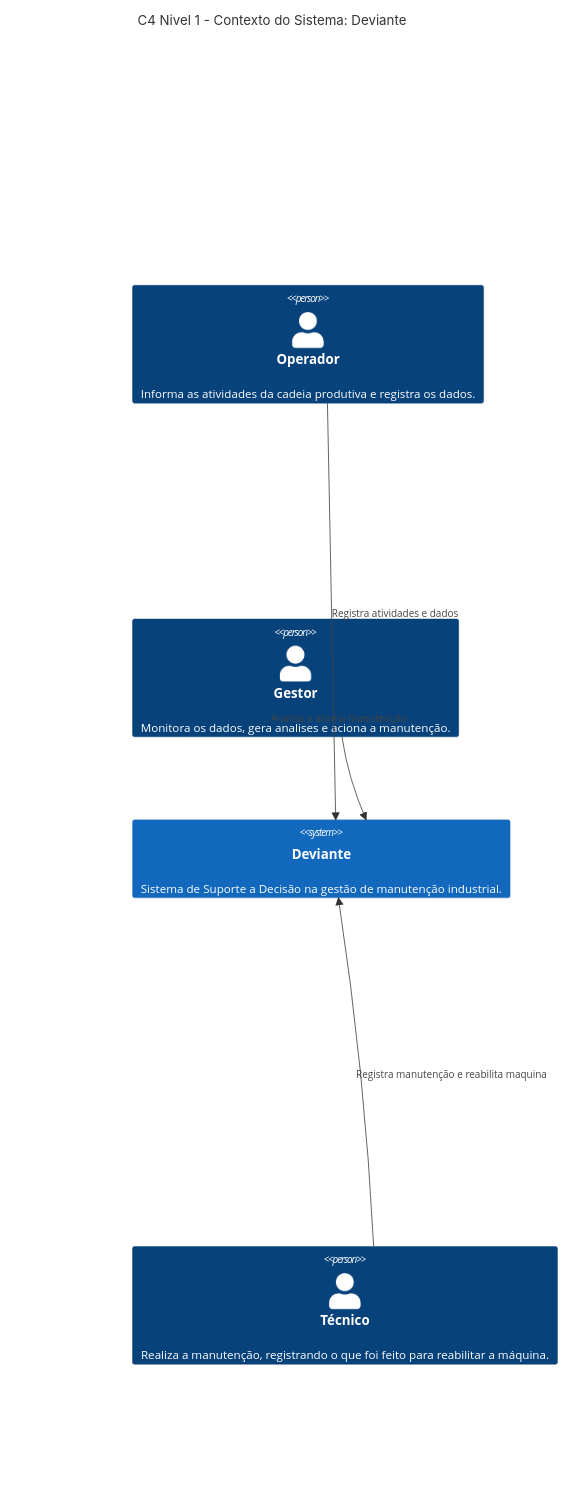
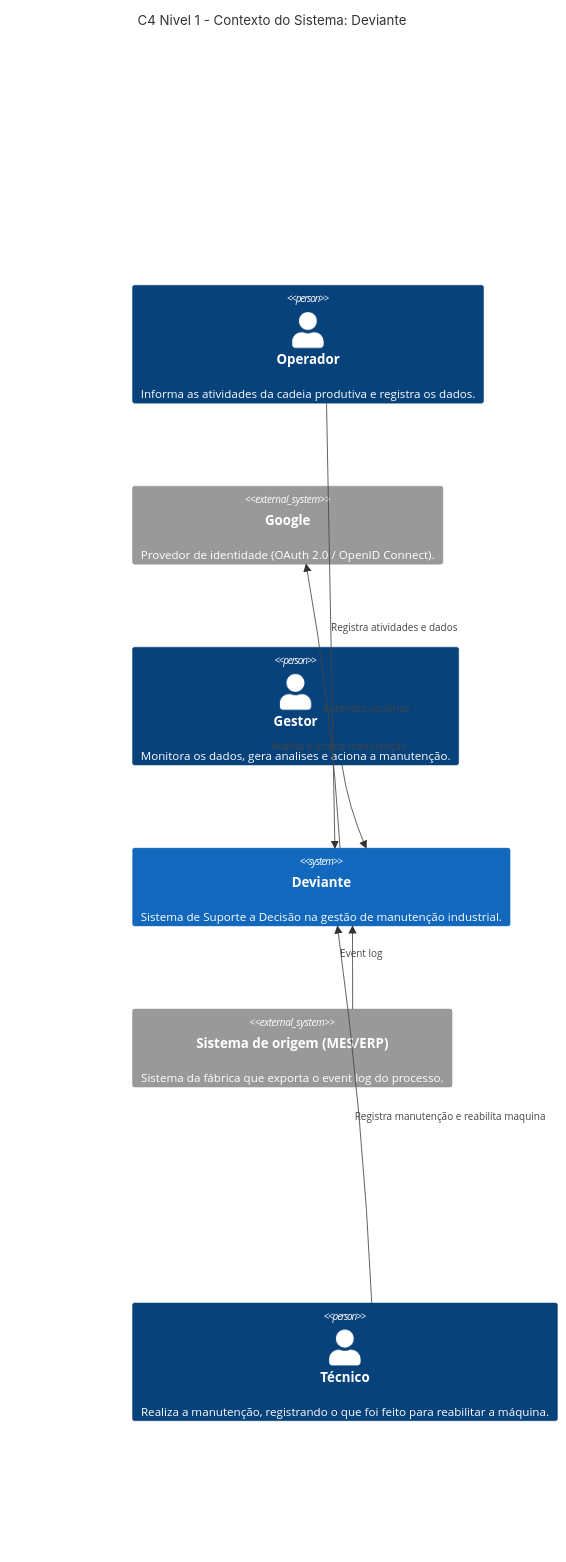
Before and after one commit to aland3r/deviante-docs: the diagram in architecture/c4/level 1.mmd, drawn with Mermaid. The commit also changed 1 other file, not shown here.

Commit message:
C4 nível 1: MES/ERP e Google como sistemas externos
Claude-Session: https://claude.ai/code/session_01AmE5KfE7b9iNvkkPZemtYe

```diff
--- a/architecture/c4/level 1.mmd
+++ b/architecture/c4/level 1.mmd
@@ -1,27 +1,28 @@
 %%{init: {"c4": {"width": 300}}}%%
 C4Context
     title C4 Nivel 1 - Contexto do Sistema: Deviante
 
     System(e1, " ", " ")
     Person(operador, "Operador", "Informa as atividades da cadeia produtiva e registra os dados.")
-    System(e2, " ", " ")
+    System_Ext(google, "Google", "Provedor de identidade (OAuth 2.0 / OpenID Connect).")
     Person(gestor, "Gestor", "Monitora os dados, gera analises e aciona a manutenção.")
     System(deviante, "Deviante", "Sistema de Suporte a Decisão na gestão de manutenção industrial.")
-    System(e3, " ", " ")
+    System_Ext(mes, "Sistema de origem (MES/ERP)", "Sistema da fábrica que exporta o event log do processo.")
     System(e4, " ", " ")
     Person(tecnico, "Técnico", "Realiza a manutenção, registrando o que foi feito para reabilitar a máquina.")
     System(e5, " ", " ")
 
     Rel(operador, deviante, "Registra atividades e dados")
     Rel(gestor, deviante, "Analisa e aciona manutenção")
     Rel(tecnico, deviante, "Registra manutenção e reabilita maquina")
+    Rel(mes, deviante, "Event log")
+    Rel(deviante, google, "Autentica usuários")
 
     UpdateRelStyle(gestor, deviante, $offsetX="-100", $offsetY="-75")
+    UpdateRelStyle(mes, deviante, $offsetX="-15", $offsetY="-20")
 
     UpdateElementStyle(e1, $bgColor="transparent", $borderColor="transparent", $fontColor="transparent")
-    UpdateElementStyle(e2, $bgColor="transparent", $borderColor="transparent", $fontColor="transparent")
-    UpdateElementStyle(e3, $bgColor="transparent", $borderColor="transparent", $fontColor="transparent")
     UpdateElementStyle(e4, $bgColor="transparent", $borderColor="transparent", $fontColor="transparent")
     UpdateElementStyle(e5, $bgColor="transparent", $borderColor="transparent", $fontColor="transparent")
 
     UpdateLayoutConfig($c4ShapeInRow="3", $c4BoundaryInRow="1")
```
